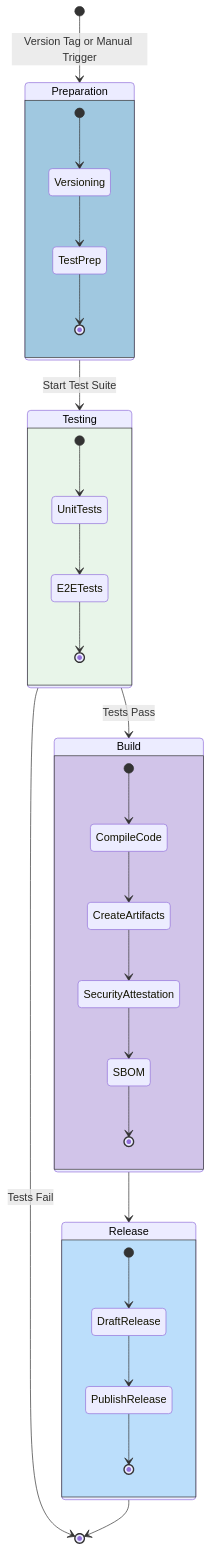
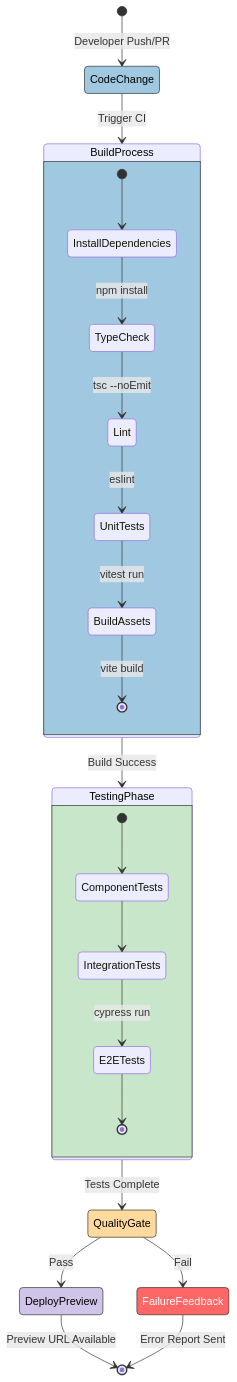
Before and after one commit to step-security-bot/cia-compliance-manager: the third of 4 diagrams in docs/architecture/WORKFLOWS.md, drawn with Mermaid. The commit also changed other lines of this file and 11 other files, not shown here.

Commit message:
refactor(docs): enhance related documentation links in architecture files for better navigation

````diff
--- a/docs/architecture/WORKFLOWS.md
+++ b/docs/architecture/WORKFLOWS.md
@@ -80,49 +107,45 @@
 ```mermaid
 stateDiagram-v2
-    [*] --> Preparation: Version Tag or Manual Trigger
+    [*] --> CodeChange: Developer Push/PR
 
-    state Preparation {
-        [*] --> Versioning
-        Versioning --> TestPrep
-        TestPrep --> [*]
+    CodeChange --> BuildProcess: Trigger CI
+
+    state BuildProcess {
+        [*] --> InstallDependencies
+        InstallDependencies --> TypeCheck: npm install
+        TypeCheck --> Lint: tsc --noEmit
+        Lint --> UnitTests: eslint
+        UnitTests --> BuildAssets: vitest run
+        BuildAssets --> [*]: vite build
     }
 
-    Preparation --> Testing: Start Test Suite
+    BuildProcess --> TestingPhase: Build Success
 
-    state Testing {
-        [*] --> UnitTests
-        UnitTests --> E2ETests
+    state TestingPhase {
+        [*] --> ComponentTests
+        ComponentTests --> IntegrationTests
+        IntegrationTests --> E2ETests: cypress run
         E2ETests --> [*]
     }
 
-    Testing --> Build: Tests Pass
-    Testing --> [*]: Tests Fail
+    TestingPhase --> QualityGate: Tests Complete
 
-    state Build {
-        [*] --> CompileCode
-        CompileCode --> CreateArtifacts
-        CreateArtifacts --> SecurityAttestation
-        SecurityAttestation --> SBOM
-        SBOM --> [*]
-    }
+    QualityGate --> DeployPreview: Pass
+    QualityGate --> FailureFeedback: Fail
 
-    Build --> Release
+    DeployPreview --> [*]: Preview URL Available
+    FailureFeedback --> [*]: Error Report Sent
 
-    state Release {
-        [*] --> DraftRelease
-        DraftRelease --> PublishRelease
-        PublishRelease --> [*]
-    }
+    classDef start fill:#a0c8e0,stroke:#333,stroke-width:1px,color:black
+    classDef process fill:#f9f9f9,stroke:#333,stroke-width:1px,color:black
+    classDef test fill:#c8e6c9,stroke:#333,stroke-width:1px,color:black
+    classDef gate fill:#ffda9e,stroke:#333,stroke-width:1px,color:black
+    classDef deploy fill:#d1c4e9,stroke:#333,stroke-width:1px,color:black
+    classDef fail fill:#ff6666,stroke:#333,stroke-width:1px,color:white
 
-    Release --> [*]
-
-    classDef preparation fill:#a0c8e0,stroke:#333,stroke-width:1px,color:black
-    classDef testing fill:#e8f5e9,stroke:#333,stroke-width:1px,color:black
-    classDef build fill:#d1c4e9,stroke:#333,stroke-width:1px,color:black
-    classDef release fill:#bbdefb,stroke:#333,stroke-width:1px,color:black
-
-    class Preparation preparation
-    class Testing testing
-    class Build build
-    class Release release
+    class CodeChange,BuildProcess start
+    class TestingPhase test
+    class QualityGate gate
+    class DeployPreview deploy
+    class FailureFeedback fail
 ```
````
